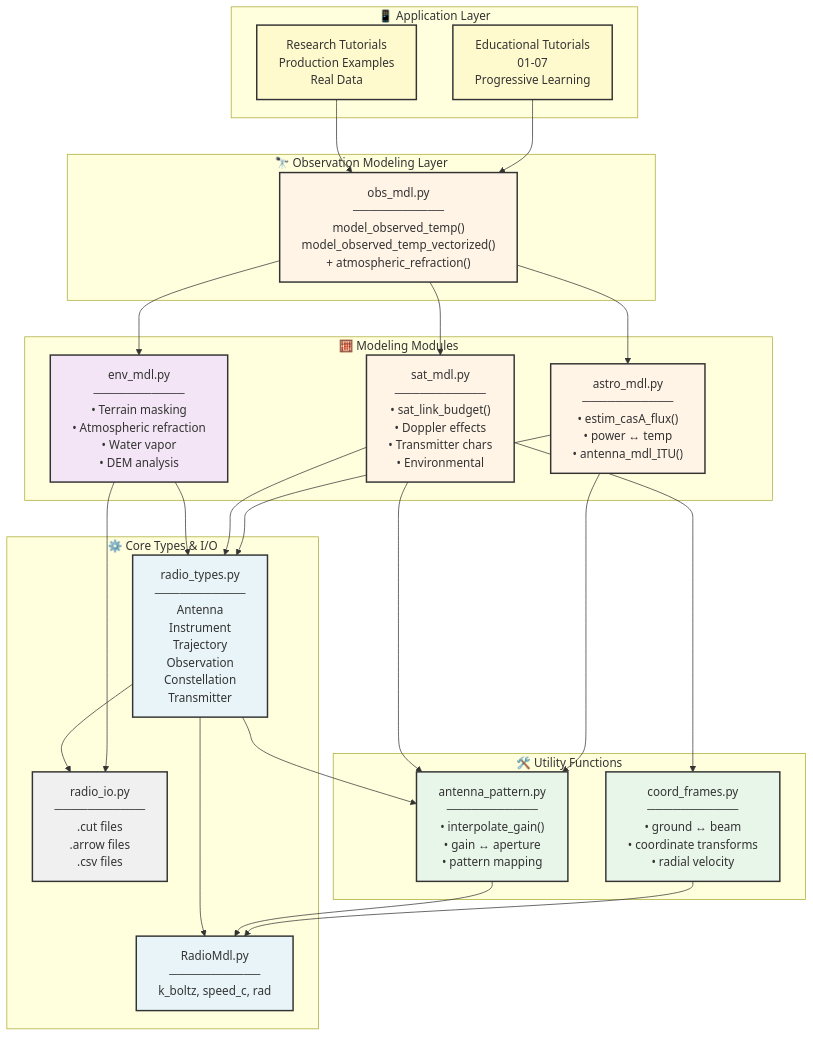
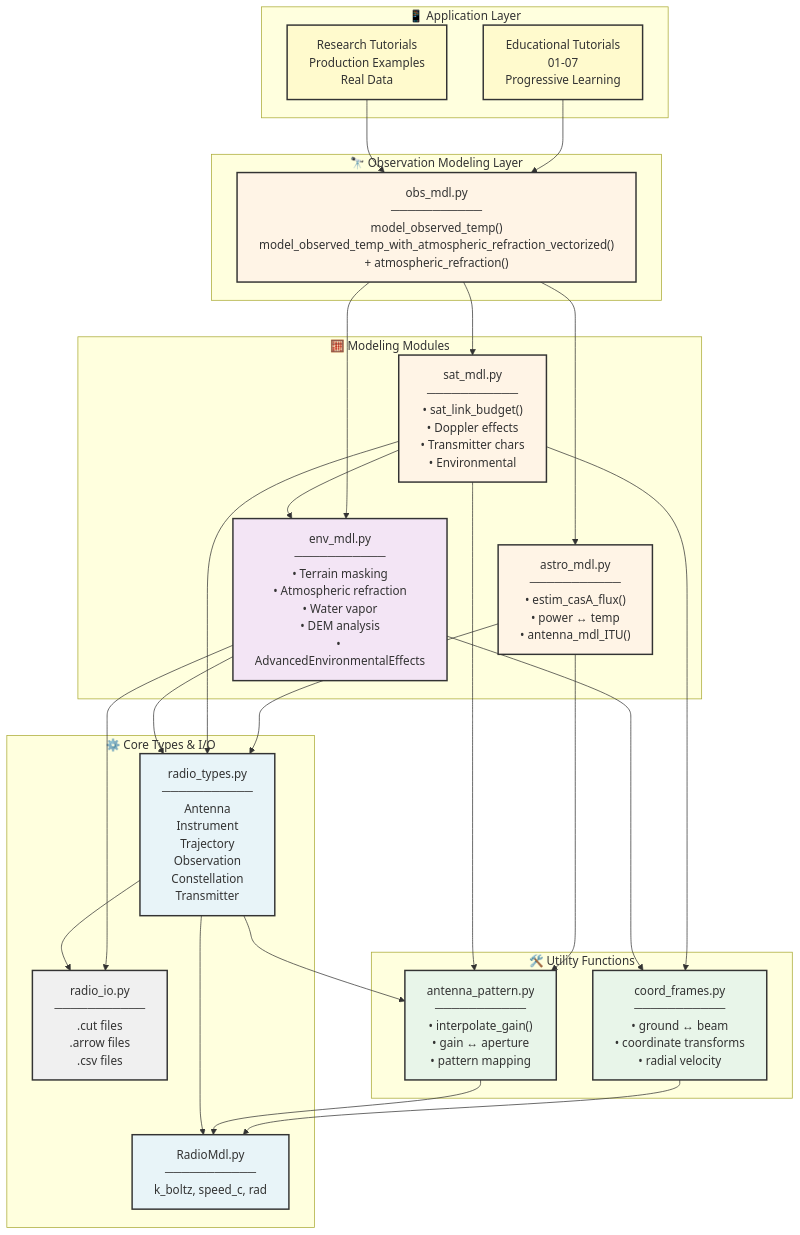
The first of 7 diagrams in Documentation/ARCHITECTURE_MERMAID.md (spectrumx/RSC-SIM), drawn with Mermaid before and after one commit. The commit also changed other lines of this file, not shown here.

````diff
--- a/Documentation/ARCHITECTURE_MERMAID.md
+++ b/Documentation/ARCHITECTURE_MERMAID.md
@@ -7,66 +7,68 @@
 ```mermaid
 graph TB
     %% Styling
     classDef coreType fill:#E8F4F8,stroke:#333,stroke-width:2px
     classDef modeling fill:#FFF4E6,stroke:#333,stroke-width:2px
     classDef io fill:#F0F0F0,stroke:#333,stroke-width:2px
     classDef utility fill:#E8F5E9,stroke:#333,stroke-width:2px
     classDef env fill:#F3E5F5,stroke:#333,stroke-width:2px
     classDef app fill:#FFFACD,stroke:#333,stroke-width:2px
 
     %% Application Layer
     subgraph Application["📱 Application Layer"]
         EDU["Educational Tutorials<br/>01-07<br/>Progressive Learning"]:::app
         RES["Research Tutorials<br/>Production Examples<br/>Real Data"]:::app
     end
 
     %% Observation Modeling Layer
     subgraph ObsLayer["🔭 Observation Modeling Layer"]
-        OBS["obs_mdl.py<br/>───────────<br/>model_observed_temp()<br/>model_observed_temp_vectorized()<br/>+ atmospheric_refraction()"]:::modeling
+        OBS["obs_mdl.py<br/>───────────<br/>model_observed_temp()<br/>model_observed_temp_with_atmospheric_refraction_vectorized()<br/>+ atmospheric_refraction()"]:::modeling
     end
 
     %% Modeling Modules
     subgraph ModLayer["🧮 Modeling Modules"]
         ASTRO["astro_mdl.py<br/>───────────<br/>• estim_casA_flux()<br/>• power ↔ temp<br/>• antenna_mdl_ITU()"]:::modeling
         SAT["sat_mdl.py<br/>───────────<br/>• sat_link_budget()<br/>• Doppler effects<br/>• Transmitter chars<br/>• Environmental"]:::modeling
-        ENV["env_mdl.py<br/>───────────<br/>• Terrain masking<br/>• Atmospheric refraction<br/>• Water vapor<br/>• DEM analysis"]:::env
+        ENV["env_mdl.py<br/>───────────<br/>• Terrain masking<br/>• Atmospheric refraction<br/>• Water vapor<br/>• DEM analysis<br/>• AdvancedEnvironmentalEffects"]:::env
     end
 
     %% Utility Layer
     subgraph UtilLayer["🛠️ Utility Functions"]
         COORD["coord_frames.py<br/>───────────<br/>• ground ↔ beam<br/>• coordinate transforms<br/>• radial velocity"]:::utility
         ANT["antenna_pattern.py<br/>───────────<br/>• interpolate_gain()<br/>• gain ↔ aperture<br/>• pattern mapping"]:::utility
     end
 
     %% Core Layer
     subgraph CoreLayer["⚙️ Core Types & I/O"]
         RADIO["RadioMdl.py<br/>───────────<br/>k_boltz, speed_c, rad"]:::coreType
         TYPES["radio_types.py<br/>───────────<br/>Antenna<br/>Instrument<br/>Trajectory<br/>Observation<br/>Constellation<br/>Transmitter"]:::coreType
         IO["radio_io.py<br/>───────────<br/>.cut files<br/>.arrow files<br/>.csv files"]:::io
     end
 
     %% Data Flow Connections
     EDU --> OBS
     RES --> OBS
     
     OBS --> ASTRO
     OBS --> SAT
     OBS --> ENV
     
     ASTRO --> ANT
     ASTRO --> TYPES
     
     SAT --> COORD
     SAT --> ANT
     SAT --> TYPES
+    SAT --> ENV
     
     ENV --> TYPES
     ENV --> IO
+    ENV --> COORD
     
     COORD --> RADIO
     ANT --> RADIO
     
     TYPES --> RADIO
     TYPES --> IO
     TYPES --> ANT
 ```
````
